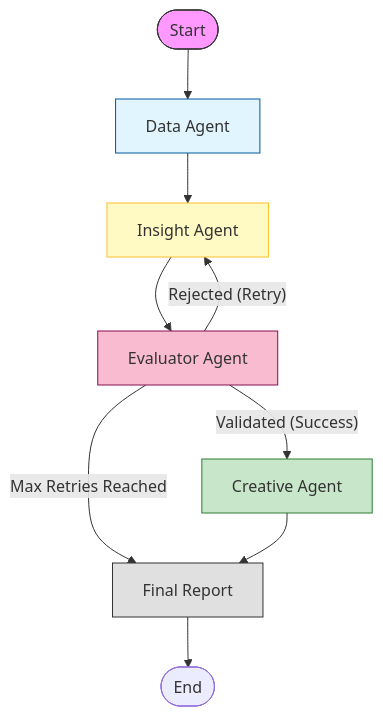
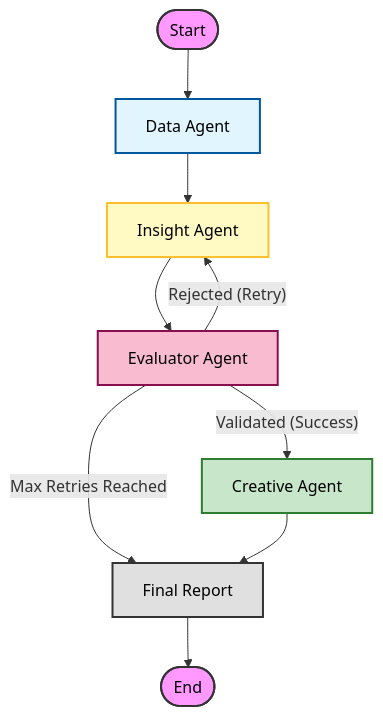
Before and after one commit to minnu1102/kasparro-agentic-fb-analyst-poorna-trishitha-paladugu: the diagram in README.md, drawn with Mermaid.

Commit message:
Docs: Fix Mermaid diagram colors for better readability

````diff
--- a/README.md
+++ b/README.md
@@ -5,20 +5,28 @@
 ```mermaid
 graph TD
     Start([Start]) --> Data[Data Agent]
     Data --> Insight[Insight Agent]
     Insight --> Evaluator[Evaluator Agent]
     
     Evaluator -- "Validated (Success)" --> Creative[Creative Agent]
     Evaluator -- "Rejected (Retry)" --> Insight
     Evaluator -- "Max Retries Reached" --> Report[Final Report]
     
     Creative --> Report
     Report --> End([End])
     
-    style Start fill:#f9f,stroke:#333
-    style Data fill:#e1f5fe,stroke:#01579b
-    style Insight fill:#fff9c4,stroke:#fbc02d
-    style Evaluator fill:#f8bbd0,stroke:#880e4f
-    style Creative fill:#c8e6c9,stroke:#2e7d32
-    style Report fill:#e0e0e0,stroke:#333
+    %% Styling for High Contrast
+    classDef default fill:#f9f,stroke:#333,stroke-width:2px,color:#000;
+    classDef dataAgent fill:#e1f5fe,stroke:#01579b,color:#000;
+    classDef insightAgent fill:#fff9c4,stroke:#fbc02d,color:#000;
+    classDef evaluatorAgent fill:#f8bbd0,stroke:#880e4f,color:#000;
+    classDef creativeAgent fill:#c8e6c9,stroke:#2e7d32,color:#000;
+    classDef report fill:#e0e0e0,stroke:#333,color:#000;
+
+    class Start,End default;
+    class Data dataAgent;
+    class Insight insightAgent;
+    class Evaluator evaluatorAgent;
+    class Creative creativeAgent;
+    class Report report;
   ```
````
